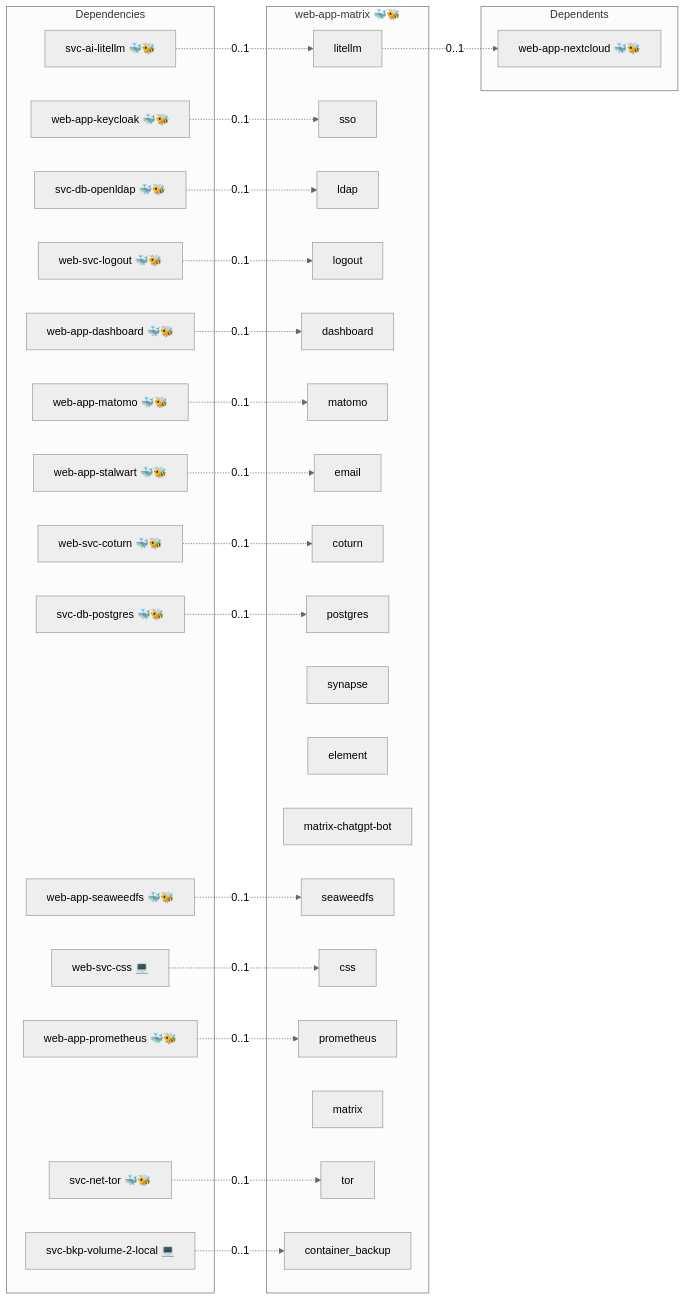
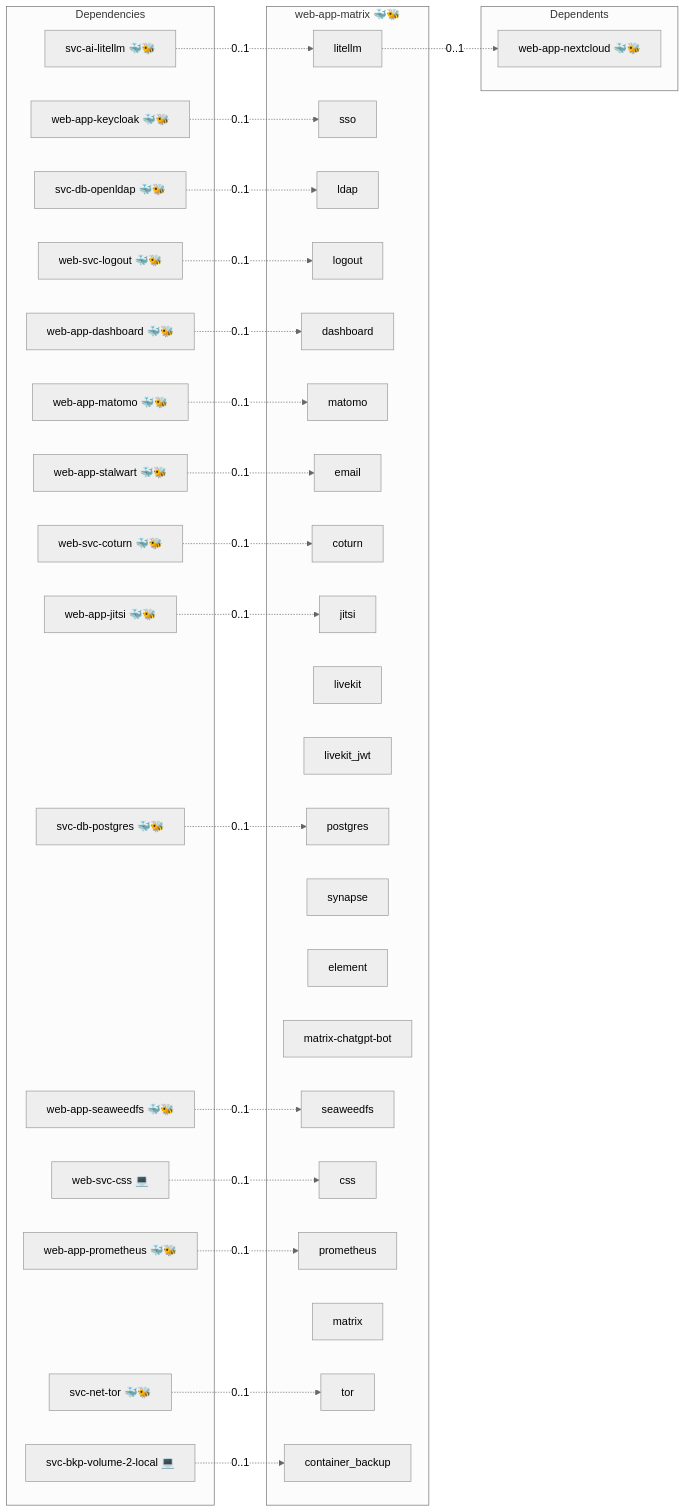
Before and after one commit to AlejandroRomanIbanez/infinito-nexus: the first of 2 diagrams in roles/web-app-matrix/README.md, drawn with Mermaid (neutral theme). The commit also changed other lines of this file and 19 other files, not shown here.

First line of the commit message:
fix(web-app-matrix): wire Jitsi, Element Call and Heisenbridge in the ansible flavor

````diff
--- a/roles/web-app-matrix/README.md
+++ b/roles/web-app-matrix/README.md
@@ -20,57 +20,62 @@
 ```mermaid
 flowchart LR
     subgraph deps [Dependencies]
         dep_svc_ai_litellm["svc-ai-litellm 🐳🐝"]
         dep_svc_bkp_volume_2_local["svc-bkp-volume-2-local 💻"]
         dep_svc_db_openldap["svc-db-openldap 🐳🐝"]
         dep_svc_db_postgres["svc-db-postgres 🐳🐝"]
         dep_svc_net_tor["svc-net-tor 🐳🐝"]
         dep_web_app_dashboard["web-app-dashboard 🐳🐝"]
+        dep_web_app_jitsi["web-app-jitsi 🐳🐝"]
         dep_web_app_keycloak["web-app-keycloak 🐳🐝"]
         dep_web_app_matomo["web-app-matomo 🐳🐝"]
         dep_web_app_prometheus["web-app-prometheus 🐳🐝"]
         dep_web_app_seaweedfs["web-app-seaweedfs 🐳🐝"]
         dep_web_app_stalwart["web-app-stalwart 🐳🐝"]
         dep_web_svc_coturn["web-svc-coturn 🐳🐝"]
         dep_web_svc_css["web-svc-css 💻"]
         dep_web_svc_logout["web-svc-logout 🐳🐝"]
     end
     subgraph role [web-app-matrix 🐳🐝]
         svc_litellm["litellm"]
         svc_sso["sso"]
         svc_ldap["ldap"]
         svc_logout["logout"]
         svc_dashboard["dashboard"]
         svc_matomo["matomo"]
         svc_email["email"]
         svc_coturn["coturn"]
+        svc_jitsi["jitsi"]
+        svc_livekit["livekit"]
+        svc_livekit_jwt["livekit_jwt"]
         svc_postgres["postgres"]
         svc_synapse["synapse"]
         svc_element["element"]
         svc_matrix_chatgpt_bot["matrix-chatgpt-bot"]
         svc_seaweedfs["seaweedfs"]
         svc_css["css"]
         svc_prometheus["prometheus"]
         svc_matrix["matrix"]
         svc_tor["tor"]
         svc_container_backup["container_backup"]
     end
     subgraph dependents [Dependents]
         dpt_web_app_nextcloud["web-app-nextcloud 🐳🐝"]
     end
     dep_svc_ai_litellm -. "0..1" .-> svc_litellm
     dep_svc_bkp_volume_2_local -. "0..1" .-> svc_container_backup
     dep_svc_db_openldap -. "0..1" .-> svc_ldap
     dep_svc_db_postgres -. "0..1" .-> svc_postgres
     dep_svc_net_tor -. "0..1" .-> svc_tor
     dep_web_app_dashboard -. "0..1" .-> svc_dashboard
+    dep_web_app_jitsi -. "0..1" .-> svc_jitsi
     dep_web_app_keycloak -. "0..1" .-> svc_sso
     dep_web_app_matomo -. "0..1" .-> svc_matomo
     dep_web_app_prometheus -. "0..1" .-> svc_prometheus
     dep_web_app_seaweedfs -. "0..1" .-> svc_seaweedfs
     dep_web_app_stalwart -. "0..1" .-> svc_email
     dep_web_svc_coturn -. "0..1" .-> svc_coturn
     dep_web_svc_css -. "0..1" .-> svc_css
     dep_web_svc_logout -. "0..1" .-> svc_logout
     svc_litellm -. "0..1" .-> dpt_web_app_nextcloud
 ```
````
